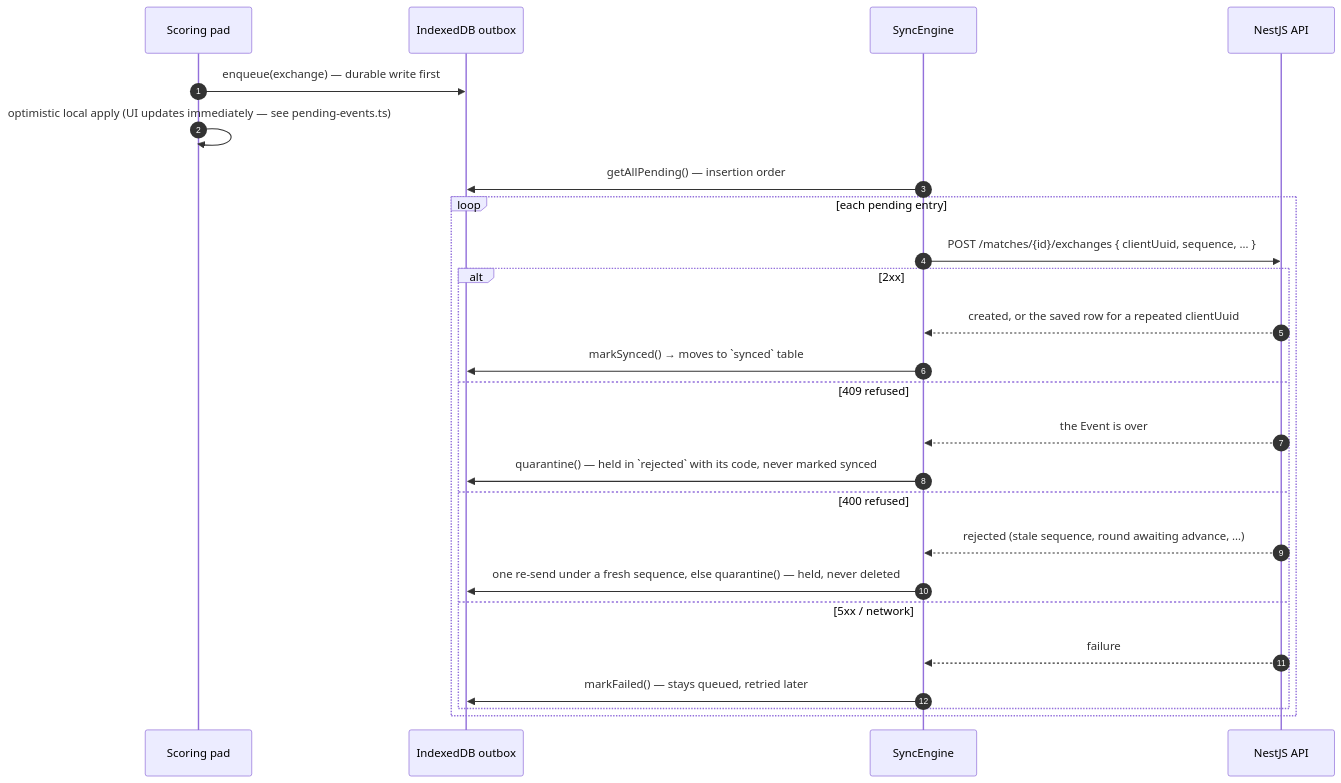
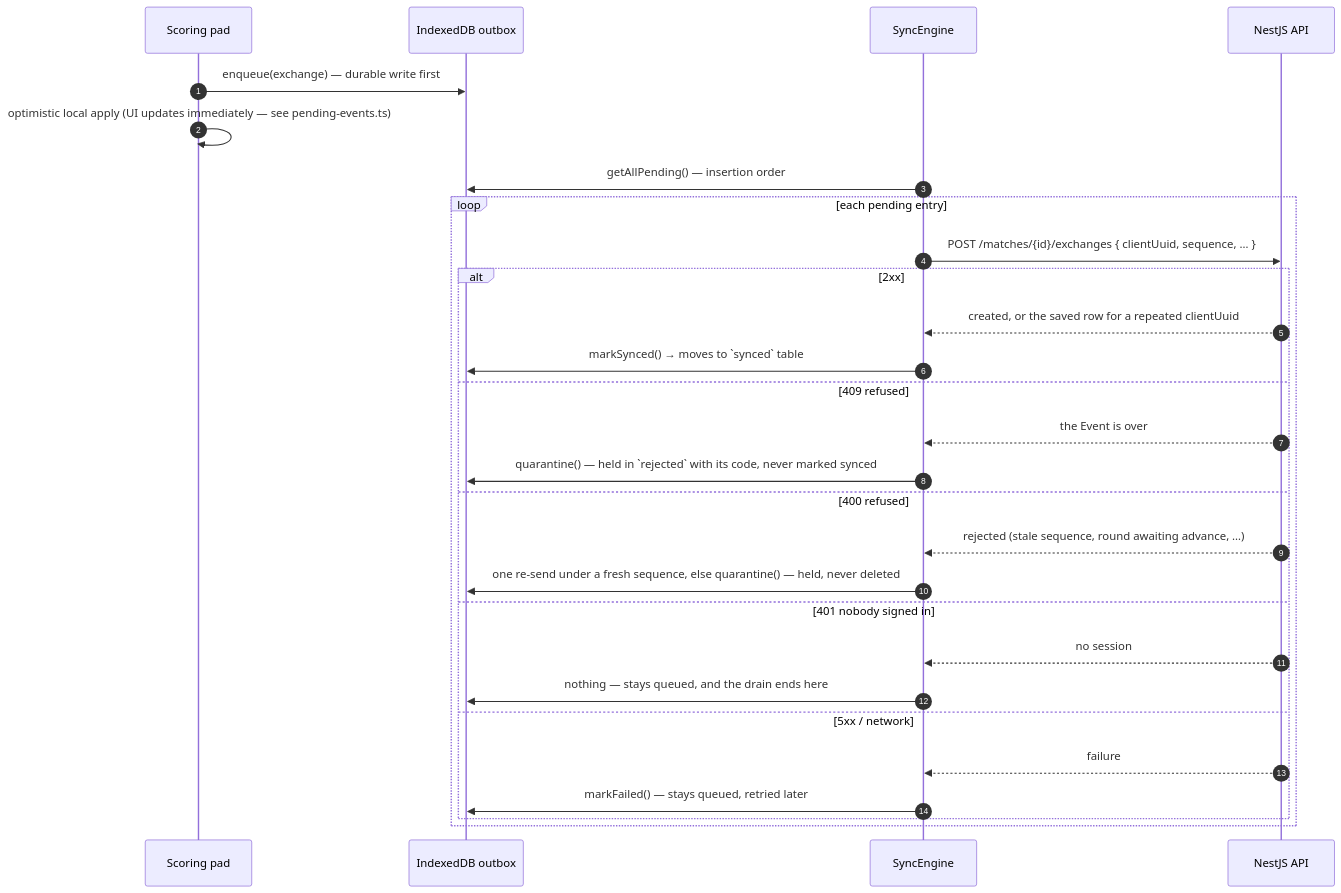
One commit to GrosTony6970/MyClash changed the ninth of 15 diagrams in docs/ARCHITECTURE.md. Above: the diagram before and after it, drawn with Mermaid. The commit also changed other lines of this file and 10 other files, not shown here.

````diff
--- a/docs/ARCHITECTURE.md
+++ b/docs/ARCHITECTURE.md
@@ -1099,28 +1099,31 @@
 ```mermaid
 sequenceDiagram
   autonumber
   participant P as Scoring pad
   participant O as IndexedDB outbox
   participant E as SyncEngine
   participant A as NestJS API
 
   P->>O: enqueue(exchange) — durable write first
   P->>P: optimistic local apply (UI updates immediately — see pending-events.ts)
   E->>O: getAllPending() — insertion order
   loop each pending entry
     E->>A: POST /matches/{id}/exchanges { clientUuid, sequence, … }
     alt 2xx
       A-->>E: created, or the saved row for a repeated clientUuid
       E->>O: markSynced() → moves to `synced` table
     else 409 refused
       A-->>E: the Event is over
       E->>O: quarantine() — held in `rejected` with its code, never marked synced
     else 400 refused
       A-->>E: rejected (stale sequence, round awaiting advance, …)
       E->>O: one re-send under a fresh sequence, else quarantine() — held, never deleted
+    else 401 nobody signed in
+      A-->>E: no session
+      E->>O: nothing — stays queued, and the drain ends here
     else 5xx / network
       A-->>E: failure
       E->>O: markFailed() — stays queued, retried later
     end
   end
 ```
````
